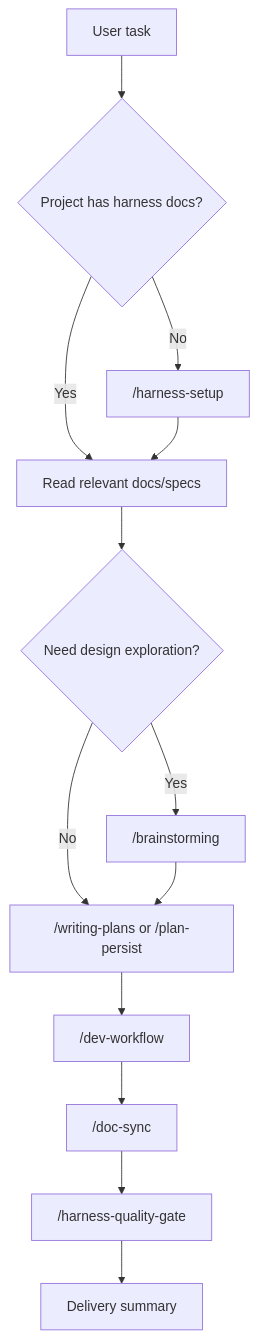
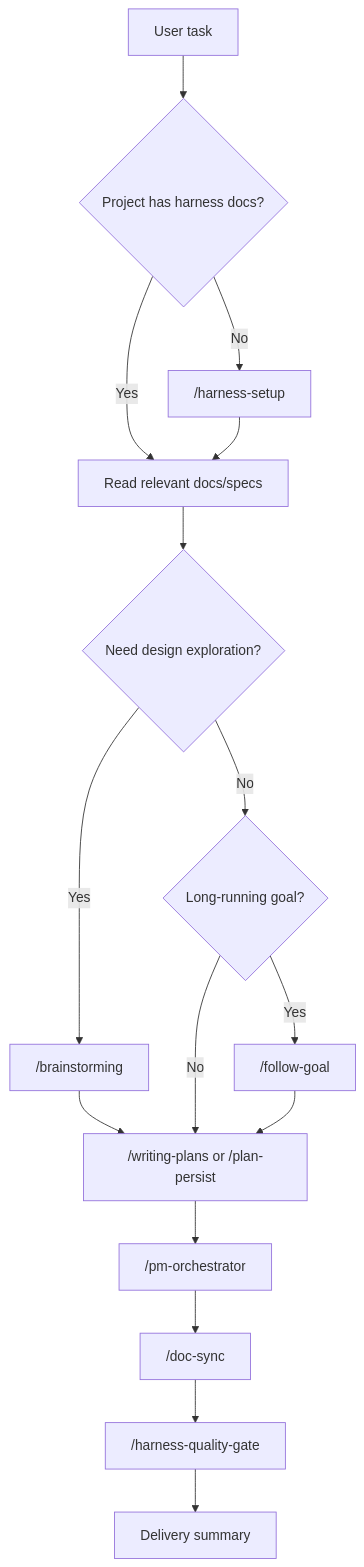
One commit to HumbleMaxiu/cc-harness changed the diagram in docs/guides/project-overview.md. Above: the diagram before and after it, drawn with Mermaid. The commit also changed other lines of this file and 54 other files, not shown here.

````diff
--- a/docs/guides/project-overview.md
+++ b/docs/guides/project-overview.md
@@ -48,15 +49,18 @@
 ```mermaid
 flowchart TD
     Start["User task"] --> Setup{"Project has harness docs?"}
     Setup -->|No| HarnessSetup["/harness-setup"]
     Setup -->|Yes| Scope["Read relevant docs/specs"]
     HarnessSetup --> Scope
     Scope --> Explore{"Need design exploration?"}
     Explore -->|Yes| Brain["/brainstorming"]
-    Explore -->|No| Plan["/writing-plans or /plan-persist"]
+    Explore -->|No| LongGoal{"Long-running goal?"}
     Brain --> Plan
-    Plan --> Dev["/dev-workflow"]
-    Dev --> Sync["/doc-sync"]
+    LongGoal -->|Yes| Goal["/follow-goal"]
+    LongGoal -->|No| Plan["/writing-plans or /plan-persist"]
+    Goal --> Plan
+    Plan --> PM["/pm-orchestrator"]
+    PM --> Sync["/doc-sync"]
     Sync --> Gate["/harness-quality-gate"]
     Gate --> Done["Delivery summary"]
 ```
````
